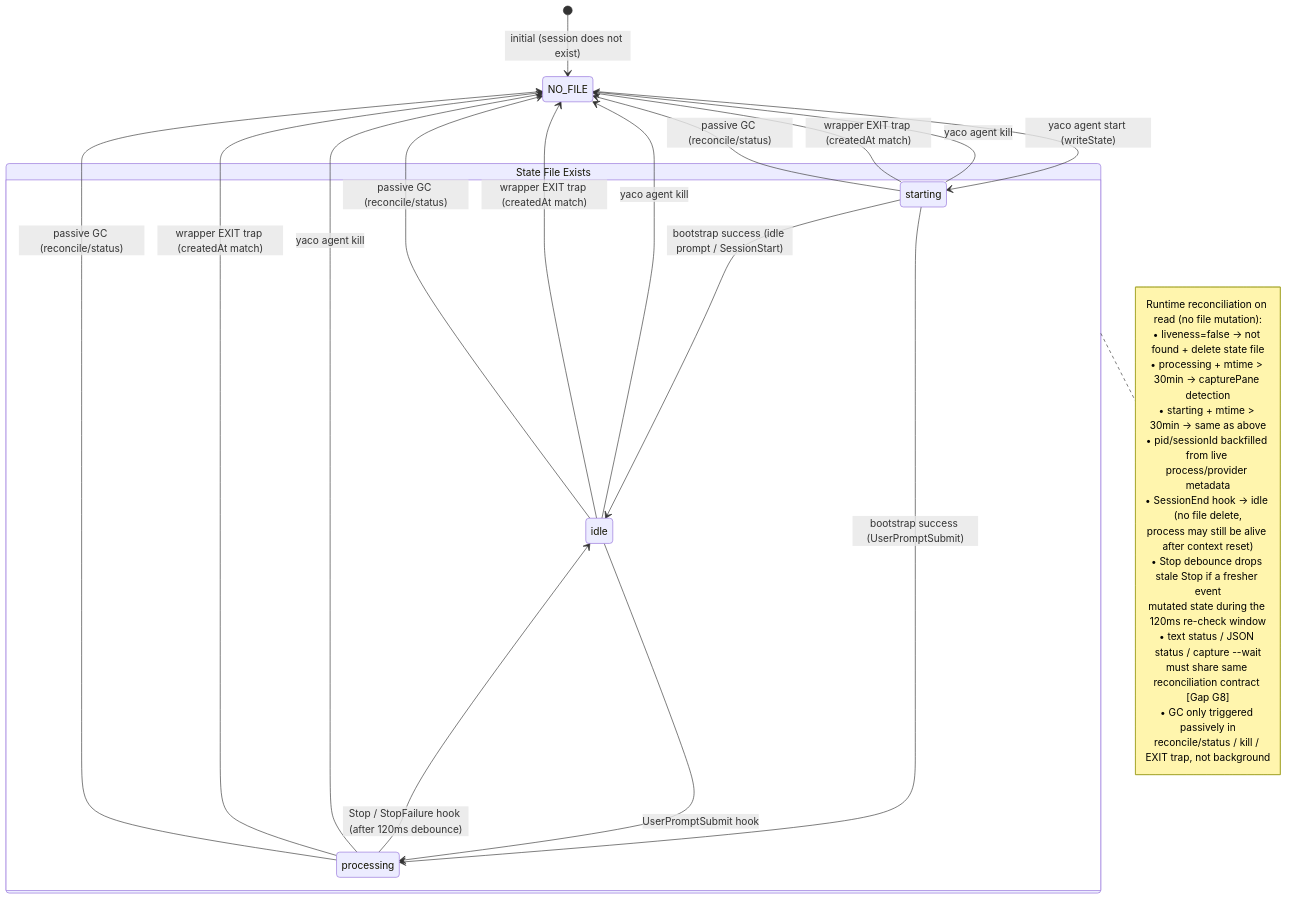
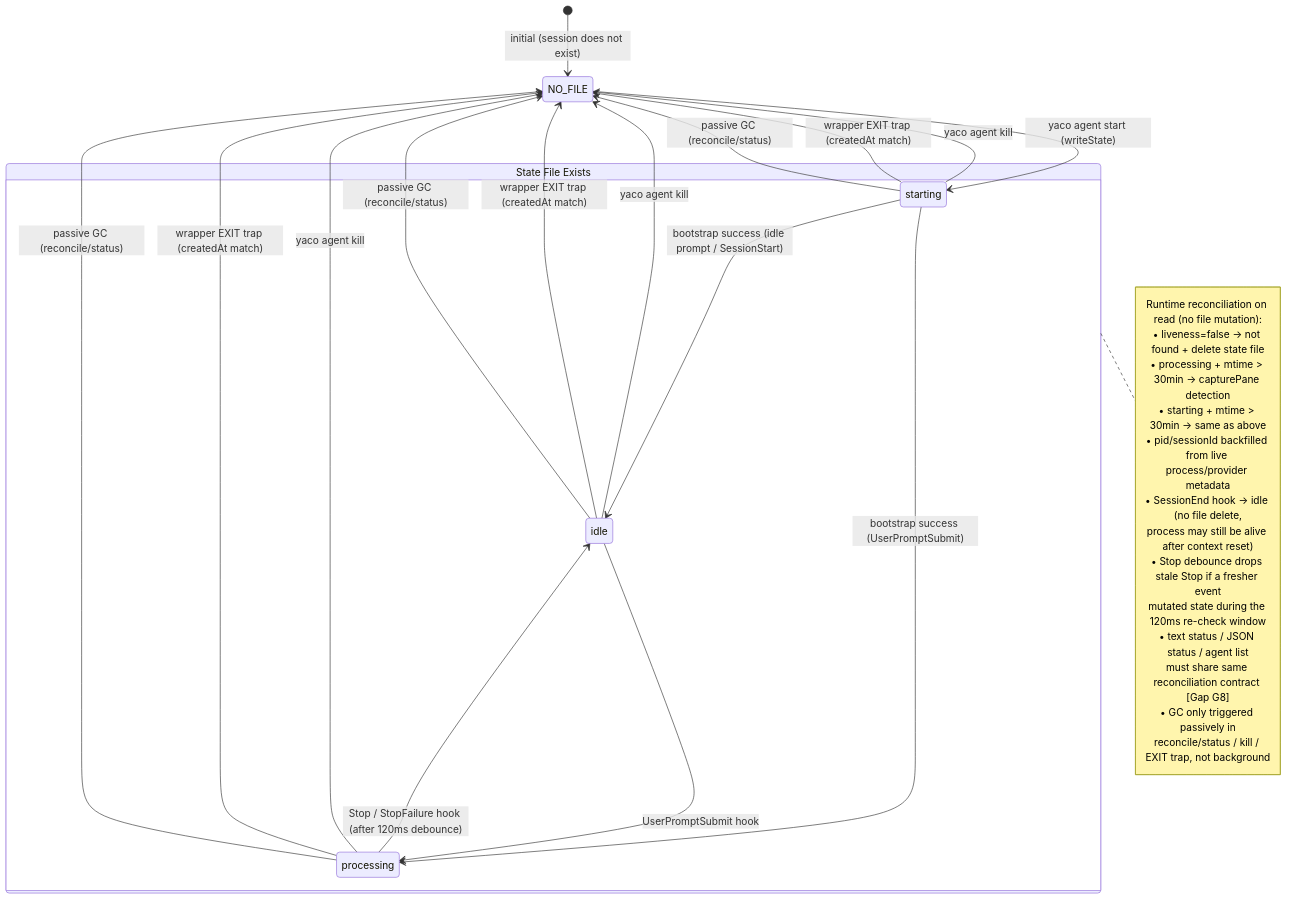
The first of 7 diagrams in doc/main/cli/lifecycle.md (imoonkey/yaco), drawn with Mermaid before and after one commit. The commit also changed 29 other files, not shown here.

First line of the commit message:
feat(cli): provider-log agent completion wait and /yaco skill set

````diff
--- a/doc/main/cli/lifecycle.md
+++ b/doc/main/cli/lifecycle.md
@@ -11,42 +11,42 @@
 ```mermaid
 stateDiagram-v2
     [*] --> NO_FILE : initial (session does not exist)
 
     state "State File Exists" as EXISTS {
         starting --> idle : bootstrap success (idle prompt / SessionStart)
         starting --> processing : bootstrap success (UserPromptSubmit)
 
         idle --> processing : UserPromptSubmit hook
         processing --> idle : Stop / StopFailure hook (after 120ms debounce)
     }
 
     NO_FILE --> starting : yaco agent start (writeState)
 
     starting --> NO_FILE : yaco agent kill
     starting --> NO_FILE : wrapper EXIT trap (createdAt match)
     starting --> NO_FILE : passive GC (reconcile/status)
 
     idle --> NO_FILE : yaco agent kill
     idle --> NO_FILE : wrapper EXIT trap (createdAt match)
     idle --> NO_FILE : passive GC (reconcile/status)
 
     processing --> NO_FILE : yaco agent kill
     processing --> NO_FILE : wrapper EXIT trap (createdAt match)
     processing --> NO_FILE : passive GC (reconcile/status)
 
     note right of EXISTS
         Runtime reconciliation on read (no file mutation):
         • liveness=false → not found + delete state file
         • processing + mtime > 30min → capturePane detection
         • starting + mtime > 30min → same as above
         • pid/sessionId backfilled from live process/provider metadata
         • SessionEnd hook → idle (no file delete,
           process may still be alive after context reset)
         • Stop debounce drops stale Stop if a fresher event
           mutated state during the 120ms re-check window
-        • text status / JSON status / capture --wait
+        • text status / JSON status / agent list
           must share same reconciliation contract [Gap G8]
         • GC only triggered passively in
           reconcile/status / kill / EXIT trap, not background
     end note
 ```
````
